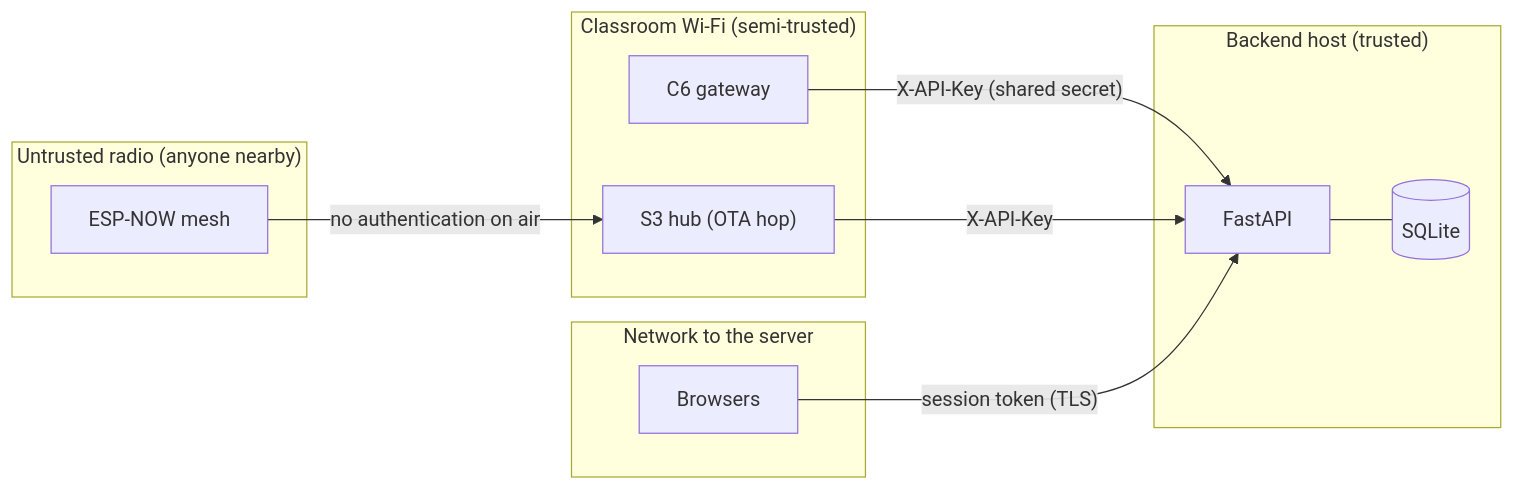
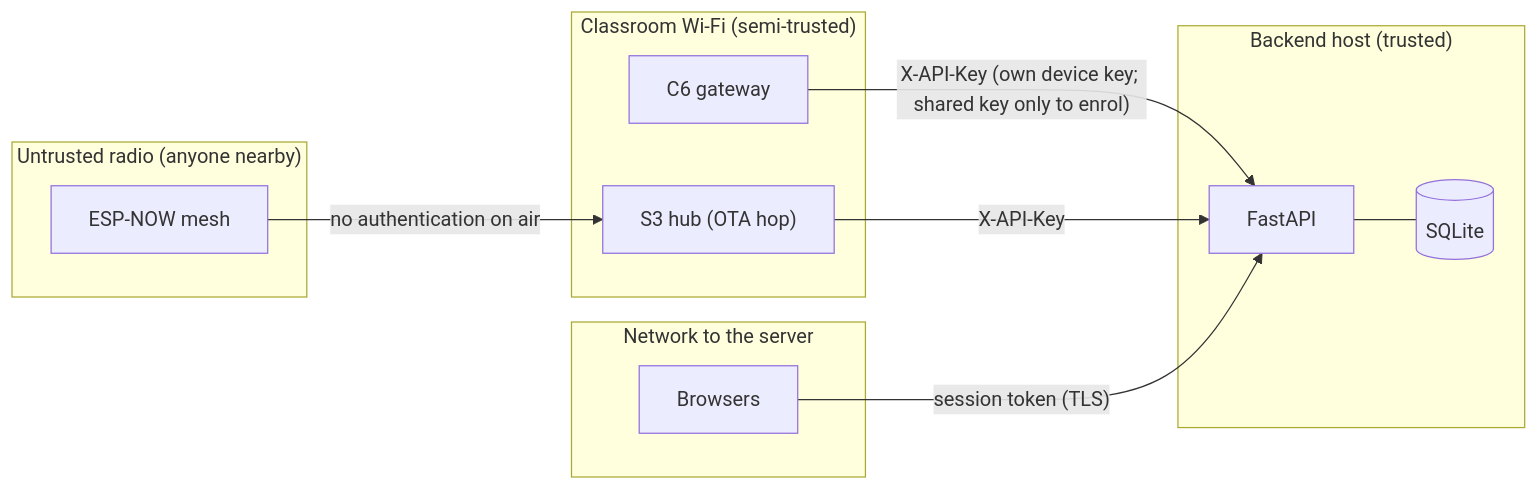
Before and after one commit to Kush-Kelaiya22/imPress: the diagram in docs/design/security-model.md, drawn with Mermaid. The commit also changed other lines of this file and 37 other files, not shown here.

````diff
--- a/docs/design/security-model.md
+++ b/docs/design/security-model.md
@@ -15,20 +15,20 @@
 ```mermaid
 flowchart LR
     subgraph Untrusted["Untrusted radio (anyone nearby)"]
         M["ESP-NOW mesh"]
     end
     subgraph LAN["Classroom Wi-Fi (semi-trusted)"]
         GW["C6 gateway"]
         HUB["S3 hub (OTA hop)"]
     end
     subgraph Internet["Network to the server"]
         BR["Browsers"]
     end
     subgraph Server["Backend host (trusted)"]
         API["FastAPI"] --- DB[("SQLite")]
     end
     M -- "no authentication on air" --> HUB
-    GW -- "X-API-Key (shared secret)" --> API
+    GW -- "X-API-Key (own device key; shared key only to enrol)" --> API
     HUB -- "X-API-Key" --> API
     BR -- "session token (TLS)" --> API
 ```
````
